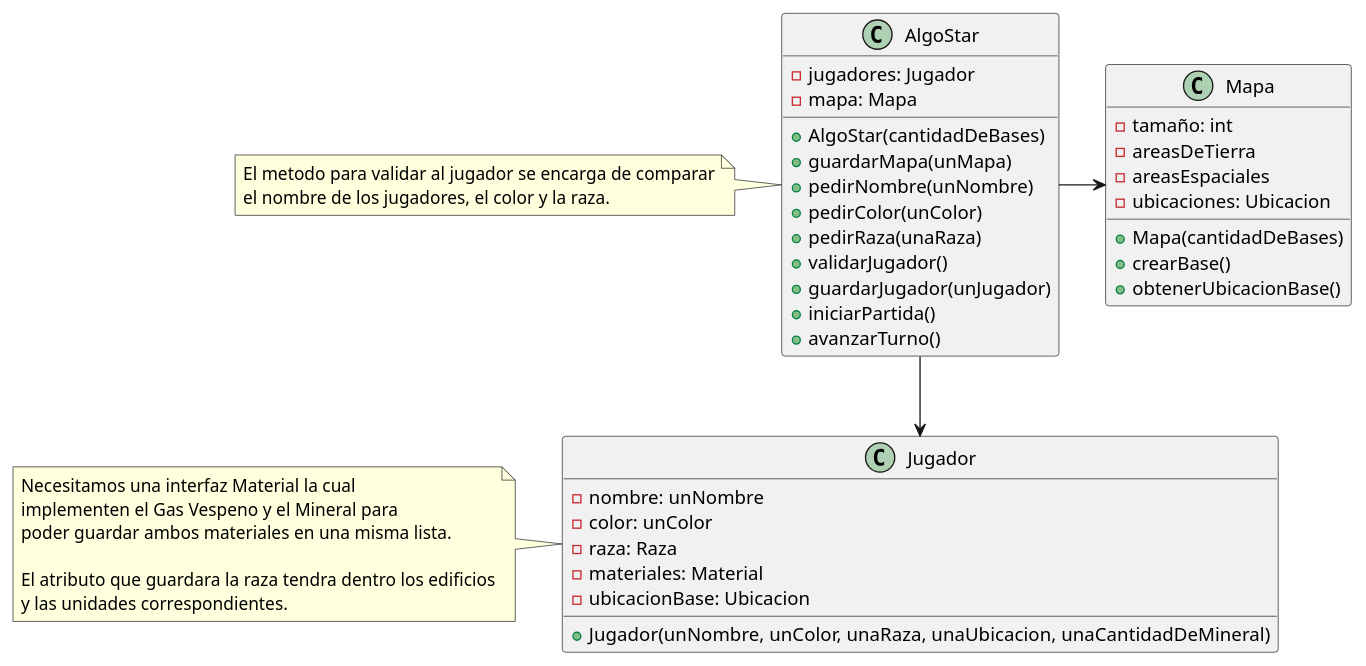
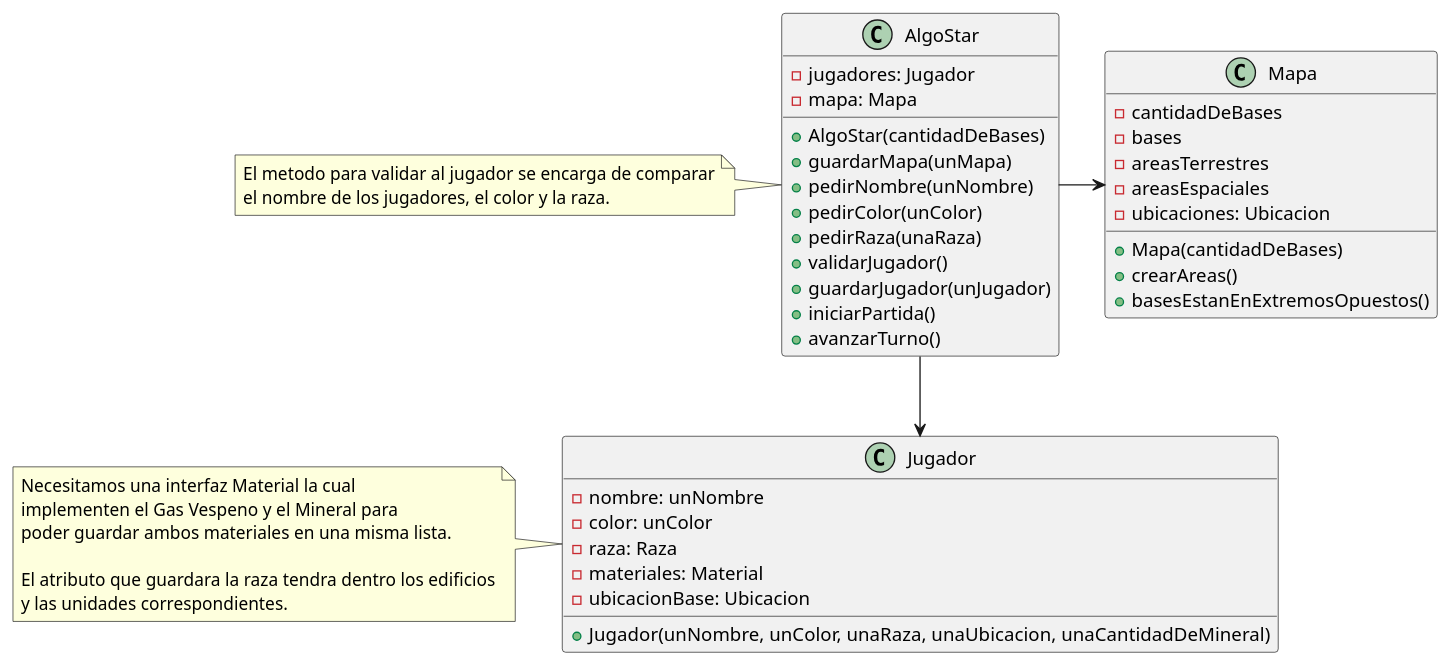
The diagram in diagrams/classes/Diagramas de clase/Entrega 2/Diagrama de clases (AlgoStar).puml (joeldevel/algo3_tp_2), drawn with PlantUML before and after one commit. The commit also changed 1 other file, not shown here.

```diff
--- a/diagrams/classes/Diagramas de clase/Entrega 2/Diagrama de clases (AlgoStar).puml
+++ b/diagrams/classes/Diagramas de clase/Entrega 2/Diagrama de clases (AlgoStar).puml
@@ -1,43 +1,44 @@
 @startuml
 
 class AlgoStar{
     -jugadores: Jugador
     -mapa: Mapa
     +AlgoStar(cantidadDeBases)
     +guardarMapa(unMapa)
     +pedirNombre(unNombre)
     +pedirColor(unColor)
     +pedirRaza(unaRaza)
     +validarJugador()
     +guardarJugador(unJugador)
     +iniciarPartida()
     +avanzarTurno()
 }
 
 note left: El metodo para validar al jugador se encarga de comparar\nel nombre de los jugadores, el color y la raza.
 
 class Jugador{
     -nombre: unNombre
     -color: unColor
     -raza: Raza
     -materiales: Material
     -ubicacionBase: Ubicacion
     +Jugador(unNombre, unColor, unaRaza, unaUbicacion, unaCantidadDeMineral)
 }
 
 note left: Necesitamos una interfaz Material la cual\nimplementen el Gas Vespeno y el Mineral para\npoder guardar ambos materiales en una misma lista.\n\nEl atributo que guardara la raza tendra dentro los edificios\ny las unidades correspondientes.
 
 class Mapa{
-    -tamaño: int
-    -areasDeTierra
+    -cantidadDeBases
+    -bases
+    -areasTerrestres
     -areasEspaciales
     -ubicaciones: Ubicacion
     +Mapa(cantidadDeBases)
-    +crearBase()
-    +obtenerUbicacionBase()
+    +crearAreas()
+    +basesEstanEnExtremosOpuestos()
 }
 
 AlgoStar --> Jugador
 AlgoStar -> Mapa
 
 @enduml
```
